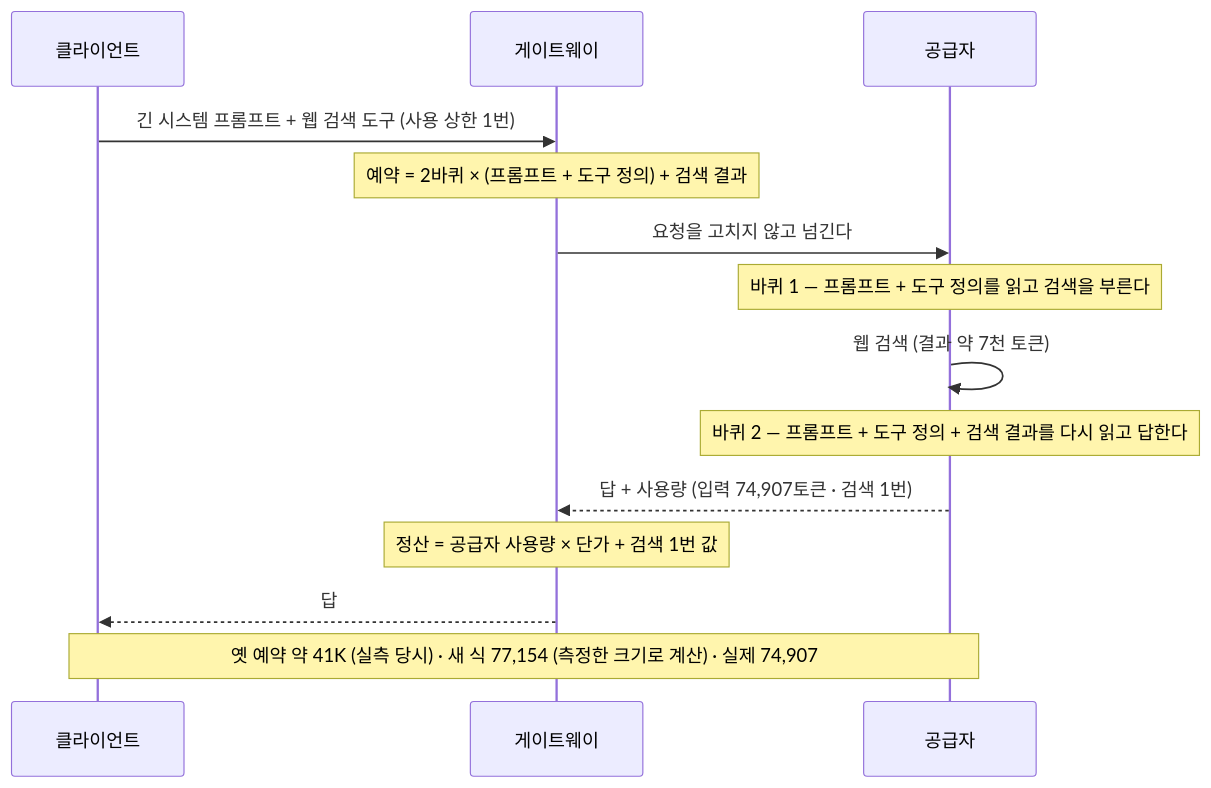
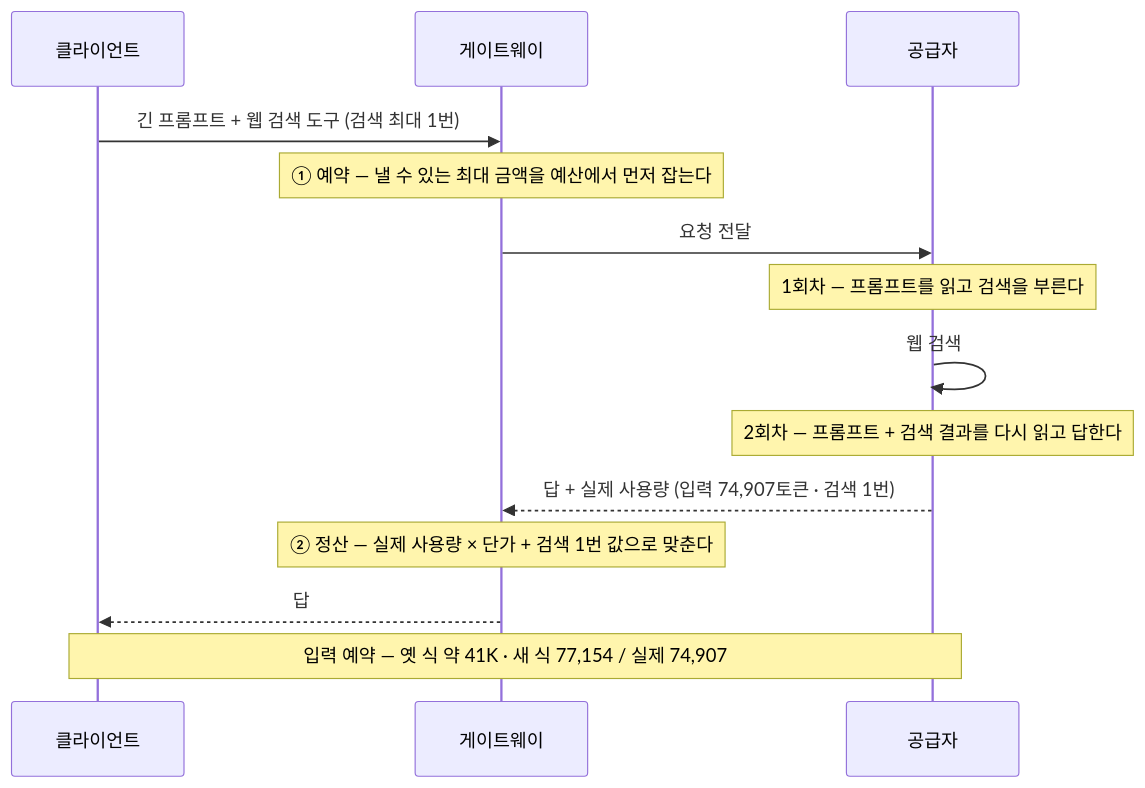
One commit to 06171002/06171002.github.io changed the diagram in src/content/features/llm/cost-accounting/diagram-1.mmd. Above: the diagram before and after it, drawn with Mermaid. The commit also changed 8 other files, not shown here.

```diff
--- a/src/content/features/llm/cost-accounting/diagram-1.mmd
+++ b/src/content/features/llm/cost-accounting/diagram-1.mmd
@@ -1,14 +1,14 @@
 sequenceDiagram
     participant c as 클라이언트
     participant g as 게이트웨이
     participant p as 공급자
-    c->>g: 긴 시스템 프롬프트 + 웹 검색 도구 (사용 상한 1번)
-    Note over g: 예약 = 2바퀴 × (프롬프트 + 도구 정의) + 검색 결과
-    g->>p: 요청을 고치지 않고 넘긴다
-    Note over p: 바퀴 1 — 프롬프트 + 도구 정의를 읽고 검색을 부른다
-    p->>p: 웹 검색 (결과 약 7천 토큰)
-    Note over p: 바퀴 2 — 프롬프트 + 도구 정의 + 검색 결과를 다시 읽고 답한다
-    p-->>g: 답 + 사용량 (입력 74,907토큰 · 검색 1번)
-    Note over g: 정산 = 공급자 사용량 × 단가 + 검색 1번 값
+    c->>g: 긴 프롬프트 + 웹 검색 도구 (검색 최대 1번)
+    Note over g: ① 예약 — 낼 수 있는 최대 금액을 예산에서 먼저 잡는다
+    g->>p: 요청 전달
+    Note over p: 1회차 — 프롬프트를 읽고 검색을 부른다
+    p->>p: 웹 검색
+    Note over p: 2회차 — 프롬프트 + 검색 결과를 다시 읽고 답한다
+    p-->>g: 답 + 실제 사용량 (입력 74,907토큰 · 검색 1번)
+    Note over g: ② 정산 — 실제 사용량 × 단가 + 검색 1번 값으로 맞춘다
     g-->>c: 답
-    Note over c,p: 옛 예약 약 41K (실측 당시) · 새 식 77,154 (측정한 크기로 계산) · 실제 74,907
+    Note over c,p: 입력 예약 — 옛 식 약 41K · 새 식 77,154 / 실제 74,907
```
